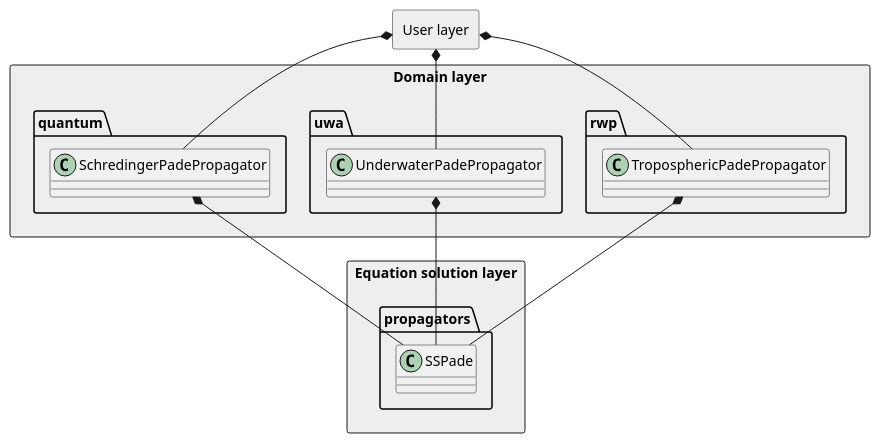
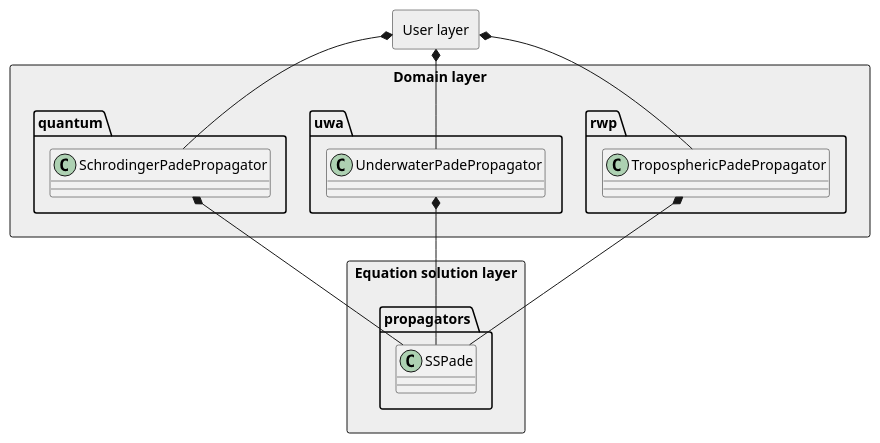
Before and after one commit to mikelytaev/wave-propagation: the diagram in examples/cpc/structure.puml, drawn with PlantUML. The commit also changed 1 other file, not shown here.

Commit message:
ts ex; cpc uml diagrams

```diff
--- a/examples/cpc/structure.puml
+++ b/examples/cpc/structure.puml
@@ -1,40 +1,40 @@
 @startuml
 
 top to bottom direction
 
 package "Equation solution layer" <<Rectangle>> #EEEEEE {
     package propagators {
         class SSPade
     }
 }
 
 package "Domain layer" <<Rectangle>> #EEEEEE {
     package rwp {
       class TroposphericPadePropagator
     }
 
     package uwa {
       class UnderwaterPadePropagator
     }
 
     package quantum {
-      class SchredingerPadePropagator
+      class SchrodingerPadePropagator
     }
 }
 
 SSPade -up-* TroposphericPadePropagator
 SSPade -up-* UnderwaterPadePropagator
-SSPade -up-* SchredingerPadePropagator
+SSPade -up-* SchrodingerPadePropagator
 
 package "User layer" <<Rectangle>> #EEEEEE {
     'class Experiments
     'class GUIApp
     'class Complex
 }
 'note left: On last defined class
 
 TroposphericPadePropagator -up-* "User layer"
 UnderwaterPadePropagator -up-* "User layer"
-SchredingerPadePropagator -up-* "User layer"
+SchrodingerPadePropagator -up-* "User layer"
 
 @enduml
```
